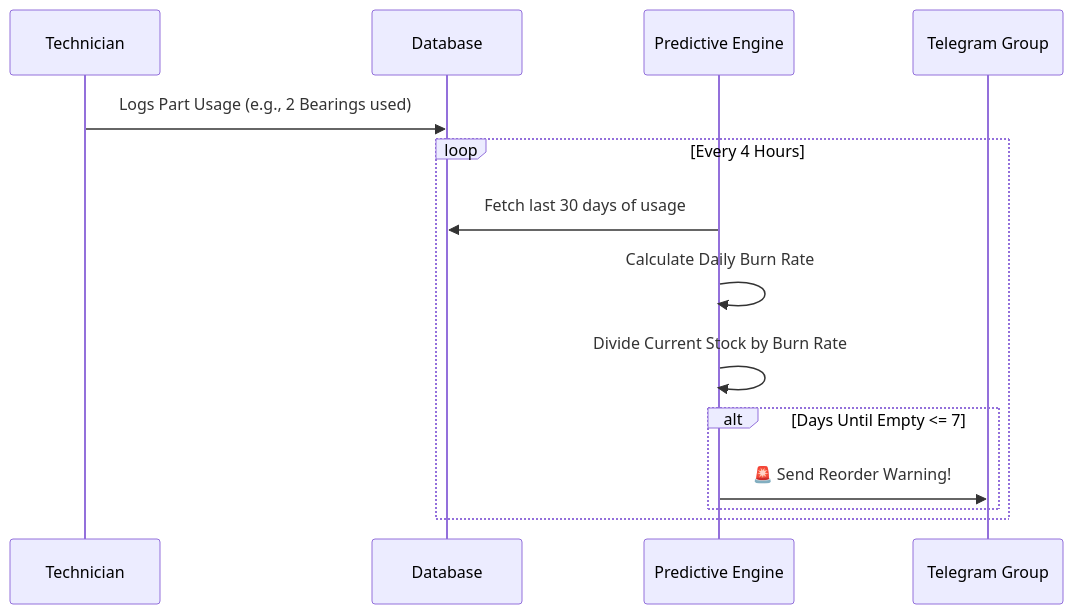
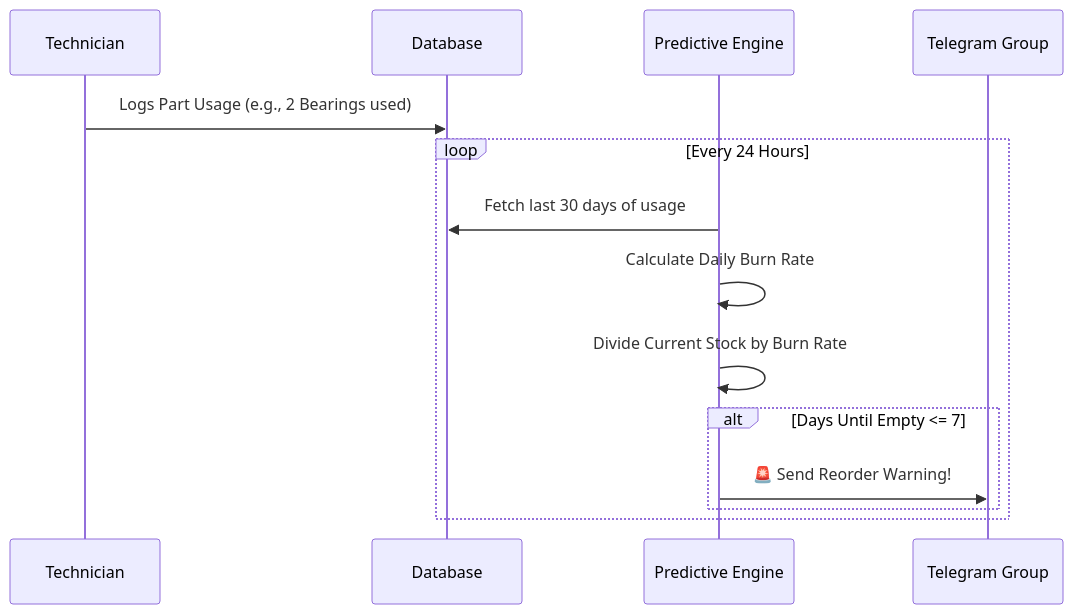
The second of 2 diagrams in README.md (Thatweirdguy1/industrial-management-cmms), drawn with Mermaid before and after one commit. The commit also changed other lines of this file and 9 other files, not shown here.

````diff
--- a/README.md
+++ b/README.md
@@ -70,17 +70,17 @@
 ```mermaid
 sequenceDiagram
     participant Tech as Technician
     participant DB as Database
     participant Engine as Predictive Engine
     participant TG as Telegram Group
 
     Tech->>DB: Logs Part Usage (e.g., 2 Bearings used)
-    loop Every 4 Hours
+    loop Every 24 Hours
         Engine->>DB: Fetch last 30 days of usage
         Engine->>Engine: Calculate Daily Burn Rate
         Engine->>Engine: Divide Current Stock by Burn Rate
         alt Days Until Empty <= 7
             Engine->>TG: 🚨 Send Reorder Warning!
         end
     end
 ```
````
